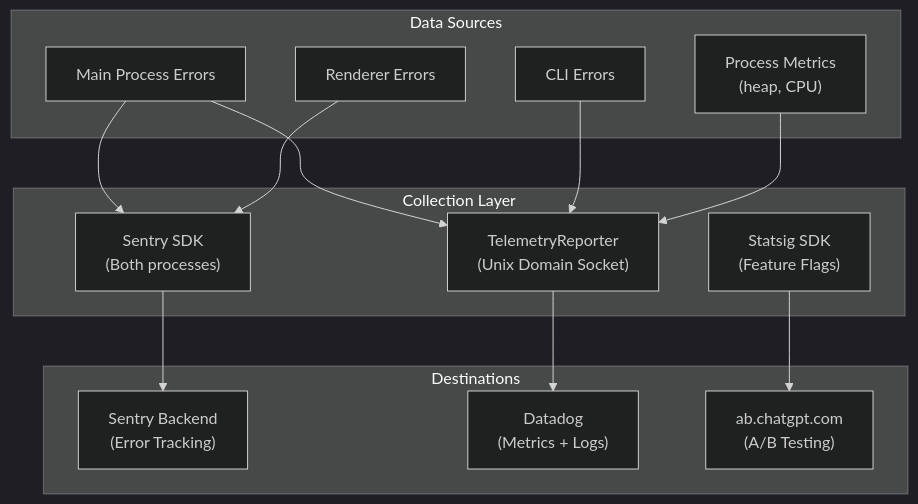
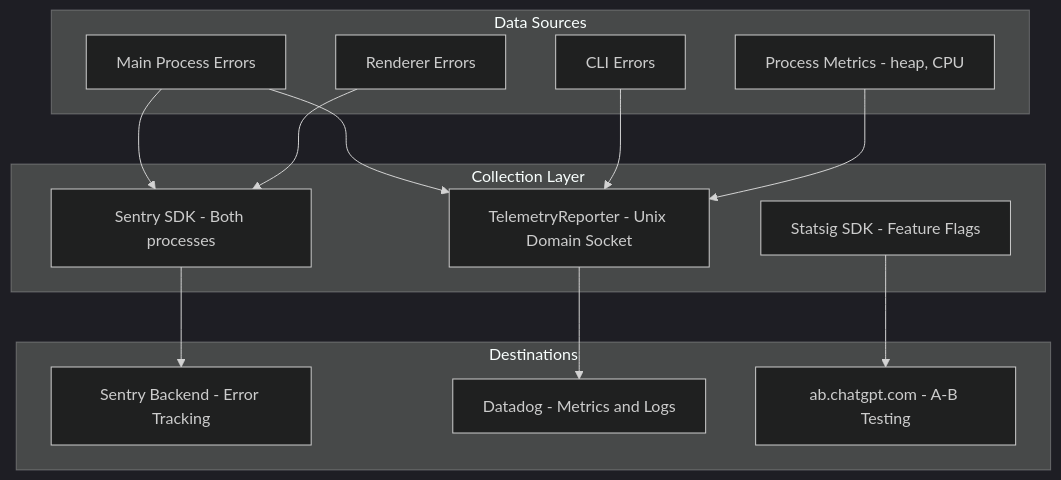
Before and after one commit to ChrisFeldmeier/codex-research: the first of 3 diagrams in 15-telemetry-observability.md, drawn with Mermaid (dark theme). The commit also changed other lines of this file and 10 other files, not shown here.

Commit message:
Refactor mermaid diagrams for improved clarity and consistency in label descriptions across various documentation files

````diff
--- a/15-telemetry-observability.md
+++ b/15-telemetry-observability.md
@@ -9,32 +9,32 @@
 ```mermaid
 flowchart TD
     subgraph "Data Sources"
         MAIN["Main Process Errors"]
         RENDERER["Renderer Errors"]
         CLI_ERR["CLI Errors"]
-        METRICS["Process Metrics<br/>(heap, CPU)"]
+        METRICS["Process Metrics - heap, CPU"]
     end
 
     subgraph "Collection Layer"
-        SENTRY_SDK["Sentry SDK<br/>(Both processes)"]
-        TELE["TelemetryReporter<br/>(Unix Domain Socket)"]
-        STATSIG["Statsig SDK<br/>(Feature Flags)"]
+        SENTRY_SDK["Sentry SDK - Both processes"]
+        TELE["TelemetryReporter - Unix Domain Socket"]
+        STATSIG["Statsig SDK - Feature Flags"]
     end
 
     subgraph "Destinations"
-        SENTRY_BE["Sentry Backend<br/>(Error Tracking)"]
-        DD["Datadog<br/>(Metrics + Logs)"]
-        AB["ab.chatgpt.com<br/>(A/B Testing)"]
+        SENTRY_BE["Sentry Backend - Error Tracking"]
+        DD["Datadog - Metrics and Logs"]
+        AB["ab.chatgpt.com - A-B Testing"]
     end
 
     MAIN --> SENTRY_SDK
     RENDERER --> SENTRY_SDK
     SENTRY_SDK --> SENTRY_BE
 
     MAIN --> TELE
     CLI_ERR --> TELE
     METRICS --> TELE
     TELE --> DD
 
     STATSIG --> AB
 ```
````
